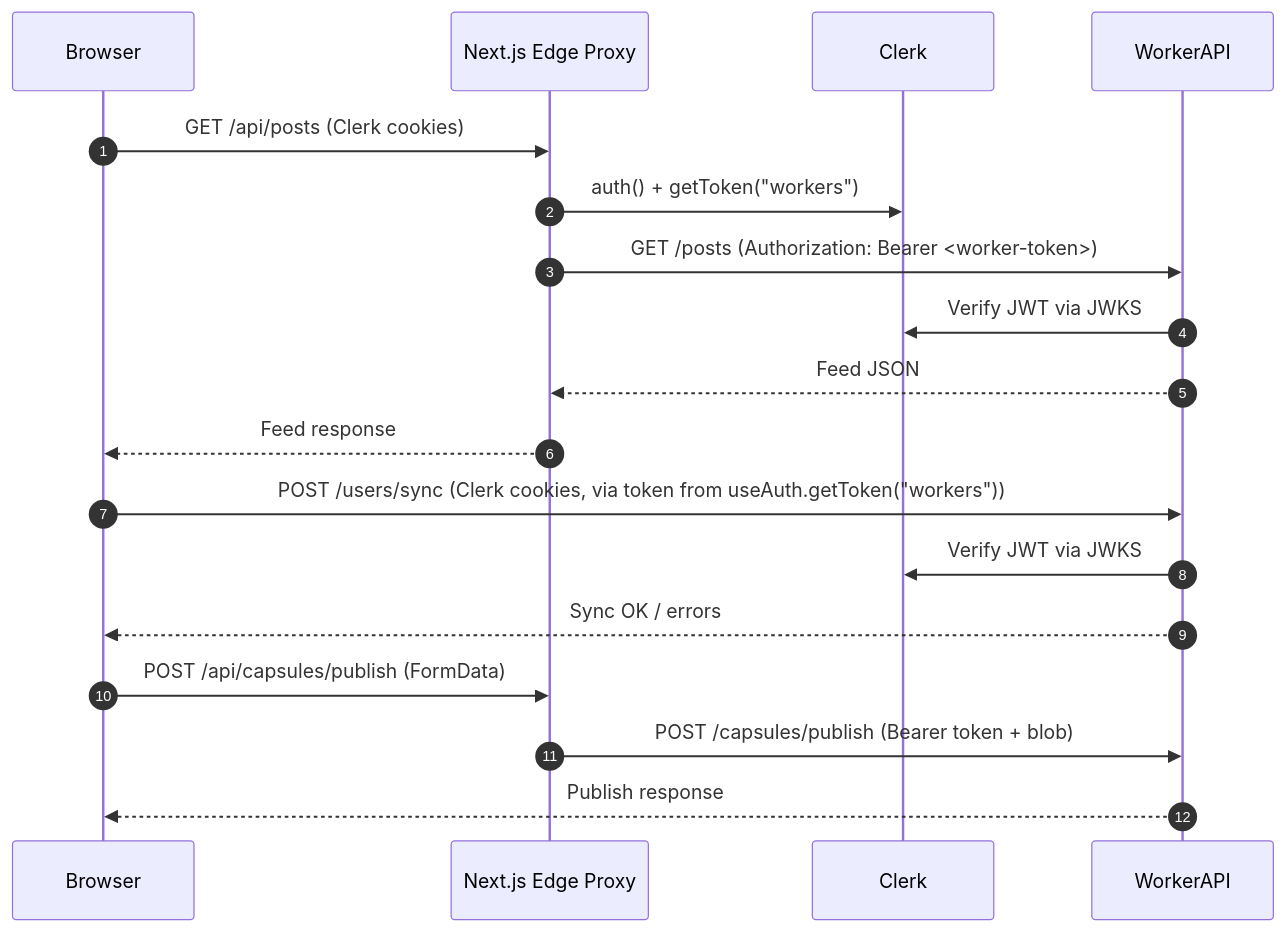
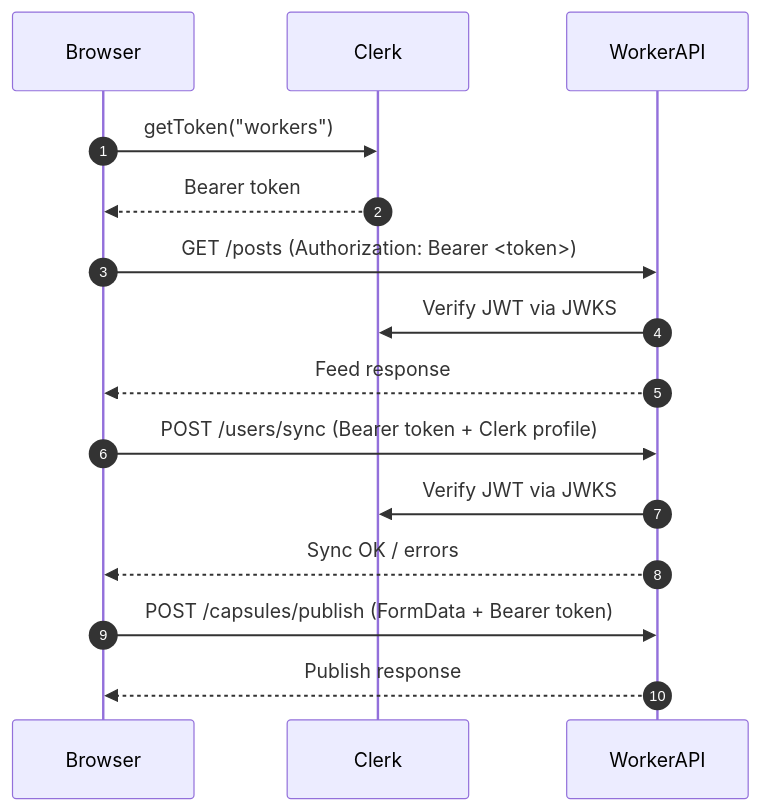
One commit to Braden-sui/Vibecodr changed the diagram in docs/cross-surface-auth.mdx. Above: the diagram before and after it, drawn with Mermaid. The commit also changed other lines of this file and 32 other files, not shown here.

````diff
--- a/docs/cross-surface-auth.mdx
+++ b/docs/cross-surface-auth.mdx
@@ -19,20 +19,17 @@
 ```mermaid
 sequenceDiagram
   autonumber
   participant Browser
-  participant PagesProxy as Next.js Edge Proxy
   participant Clerk
   participant WorkerAPI
-  Browser->>PagesProxy: GET /api/posts (Clerk cookies)
-  PagesProxy->>Clerk: auth() + getToken("workers")
-  PagesProxy->>WorkerAPI: GET /posts (Authorization: Bearer <worker-token>)
+  Browser->>Clerk: getToken("workers")
+  Clerk-->>Browser: Bearer token
+  Browser->>WorkerAPI: GET /posts (Authorization: Bearer <token>)
   WorkerAPI->>Clerk: Verify JWT via JWKS
-  WorkerAPI-->>PagesProxy: Feed JSON
-  PagesProxy-->>Browser: Feed response
-  Browser->>WorkerAPI: POST /users/sync (Clerk cookies, via token from useAuth.getToken("workers"))
+  WorkerAPI-->>Browser: Feed response
+  Browser->>WorkerAPI: POST /users/sync (Bearer token + Clerk profile)
   WorkerAPI->>Clerk: Verify JWT via JWKS
   WorkerAPI-->>Browser: Sync OK / errors
-  Browser->>PagesProxy: POST /api/capsules/publish (FormData)
-  PagesProxy->>WorkerAPI: POST /capsules/publish (Bearer token + blob)
+  Browser->>WorkerAPI: POST /capsules/publish (FormData + Bearer token)
   WorkerAPI-->>Browser: Publish response
 ```
````
